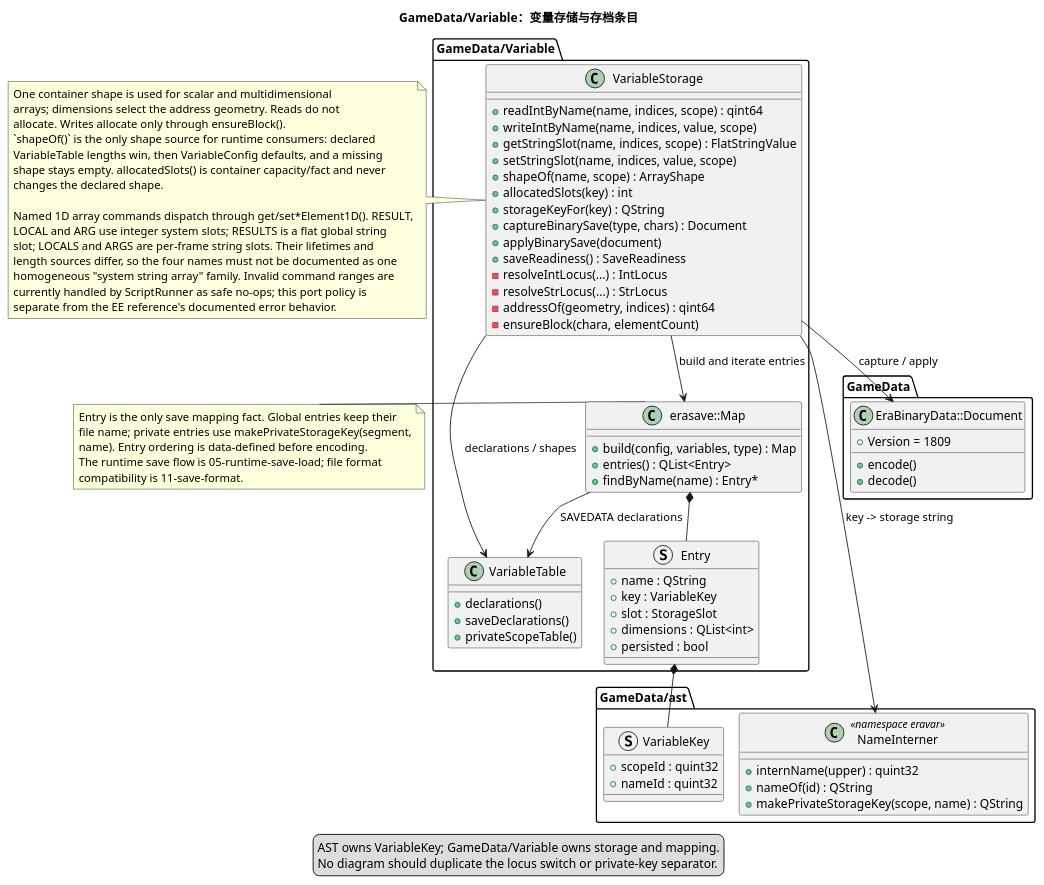
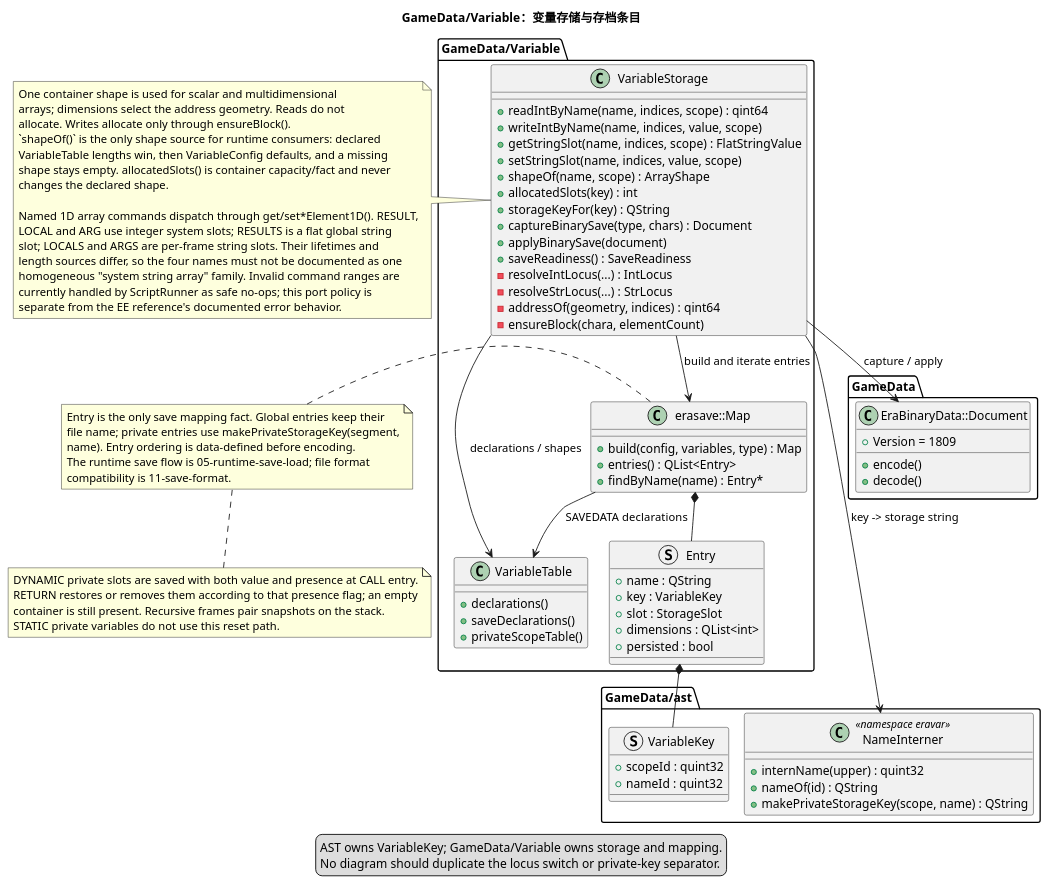
One commit to yigekuyou/qt-eraemu changed the diagram in docs/uml/08-variable-storage.puml. Above: the diagram before and after it, drawn with PlantUML. The commit also changed 11 other files, not shown here.

```diff
--- a/docs/uml/08-variable-storage.puml
+++ b/docs/uml/08-variable-storage.puml
@@ -1,106 +1,112 @@
 @startuml 08-variable-storage
 !pragma layout smetana
 ' 运行期变量容器与存档条目映射。解析顺序见 07-variable-resolution。
 ' 来源：GameData/Variable/variable_storage.h, save_variable_map.h,
 '       GameData/ast/variable_table.h, ast/name_interner.h
 
 title GameData/Variable：变量存储与存档条目
 
 package "GameData/Variable" {
   class VariableStorage {
     + readIntByName(name, indices, scope) : qint64
     + writeIntByName(name, indices, value, scope)
     + getStringSlot(name, indices, scope) : FlatStringValue
     + setStringSlot(name, indices, value, scope)
     + shapeOf(name, scope) : ArrayShape
     + allocatedSlots(key) : int
     + storageKeyFor(key) : QString
     + captureBinarySave(type, chars) : Document
     + applyBinarySave(document)
     + saveReadiness() : SaveReadiness
     - resolveIntLocus(...) : IntLocus
     - resolveStrLocus(...) : StrLocus
     - addressOf(geometry, indices) : qint64
     - ensureBlock(chara, elementCount)
   }
 
   class VariableTable {
     + declarations()
     + saveDeclarations()
     + privateScopeTable()
   }
 
   class "erasave::Map" as SaveMap {
     + build(config, variables, type) : Map
     + entries() : QList<Entry>
     + findByName(name) : Entry*
   }
 
   struct Entry {
     + name : QString
     + key : VariableKey
     + slot : StorageSlot
     + dimensions : QList<int>
     + persisted : bool
   }
 }
 
 package "GameData/ast" {
   struct VariableKey {
     + scopeId : quint32
     + nameId : quint32
   }
   class NameInterner <<namespace eravar>> {
     + internName(upper) : quint32
     + nameOf(id) : QString
     + makePrivateStorageKey(scope, name) : QString
   }
 }
 
 package "GameData" {
   class "EraBinaryData::Document" as Document {
     + encode()
     + decode()
     + Version = 1809
   }
 }
 
 VariableStorage --> VariableTable : declarations / shapes
 VariableStorage --> SaveMap : build and iterate entries
 SaveMap --> VariableTable : SAVEDATA declarations
 VariableStorage --> NameInterner : key -> storage string
 VariableStorage --> Document : capture / apply
 SaveMap *-- Entry
 Entry *-- VariableKey
 
 note right of VariableStorage
   One container shape is used for scalar and multidimensional
   arrays; dimensions select the address geometry. Reads do not
   allocate. Writes allocate only through ensureBlock().
   `shapeOf()` is the only shape source for runtime consumers: declared
   VariableTable lengths win, then VariableConfig defaults, and a missing
   shape stays empty. allocatedSlots() is container capacity/fact and never
   changes the declared shape.
 
   Named 1D array commands dispatch through get/set*Element1D(). RESULT,
   LOCAL and ARG use integer system slots; RESULTS is a flat global string
   slot; LOCALS and ARGS are per-frame string slots. Their lifetimes and
   length sources differ, so the four names must not be documented as one
   homogeneous "system string array" family. Invalid command ranges are
   currently handled by ScriptRunner as safe no-ops; this port policy is
   separate from the EE reference's documented error behavior.
 end note
 
 note right of SaveMap
   Entry is the only save mapping fact. Global entries keep their
   file name; private entries use makePrivateStorageKey(segment,
   name). Entry ordering is data-defined before encoding.
   The runtime save flow is 05-runtime-save-load; file format
   compatibility is 11-save-format.
 end note
 
 legend bottom
   AST owns VariableKey; GameData/Variable owns storage and mapping.
   No diagram should duplicate the locus switch or private-key separator.
 endlegend
+note bottom
+  DYNAMIC private slots are saved with both value and presence at CALL entry.
+  RETURN restores or removes them according to that presence flag; an empty
+  container is still present. Recursive frames pair snapshots on the stack.
+  STATIC private variables do not use this reset path.
+end note
 @enduml
```
